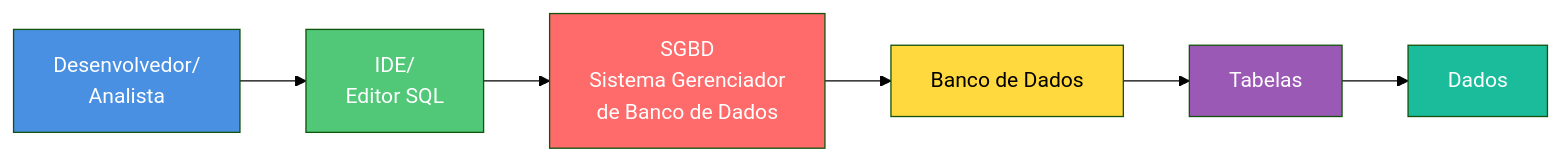
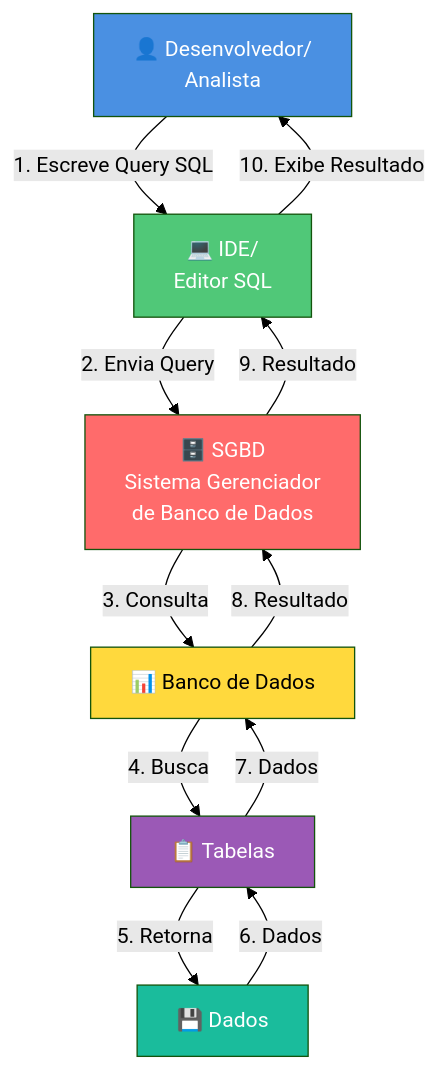
One commit to lvgalvao/Projeto-Jornada-De-Dados changed the diagram in aulas/aula-01-sql/README.md. Above: the diagram before and after it, drawn with Mermaid (forest theme). The commit also changed other lines of this file, not shown here.

````diff
--- a/aulas/aula-01-sql/README.md
+++ b/aulas/aula-01-sql/README.md
@@ -135,15 +135,20 @@
 ```mermaid
-graph LR
-    A[Desenvolvedor/<br/>Analista] --> B[IDE/<br/>Editor SQL]
-    B --> C[SGBD<br/>Sistema Gerenciador<br/>de Banco de Dados]
-    C --> D[Banco de Dados]
-    D --> E[Tabelas]
-    E --> F[Dados]
+graph TB
+    A[👤 Desenvolvedor/<br/>Analista] -->|1. Escreve Query SQL| B[💻 IDE/<br/>Editor SQL]
+    B -->|2. Envia Query| C[🗄️ SGBD<br/>Sistema Gerenciador<br/>de Banco de Dados]
+    C -->|3. Consulta| D[📊 Banco de Dados]
+    D -->|4. Busca| E[📋 Tabelas]
+    E -->|5. Retorna| F[💾 Dados]
+    F -->|6. Dados| E
+    E -->|7. Dados| D
+    D -->|8. Resultado| C
+    C -->|9. Resultado| B
+    B -->|10. Exibe Resultado| A
     
     style A fill:#4A90E2,color:#fff
     style B fill:#50C878,color:#fff
     style C fill:#FF6B6B,color:#fff
     style D fill:#FFD93D,color:#000
     style E fill:#9B59B6,color:#fff
     style F fill:#1ABC9C,color:#fff
 ```
````
